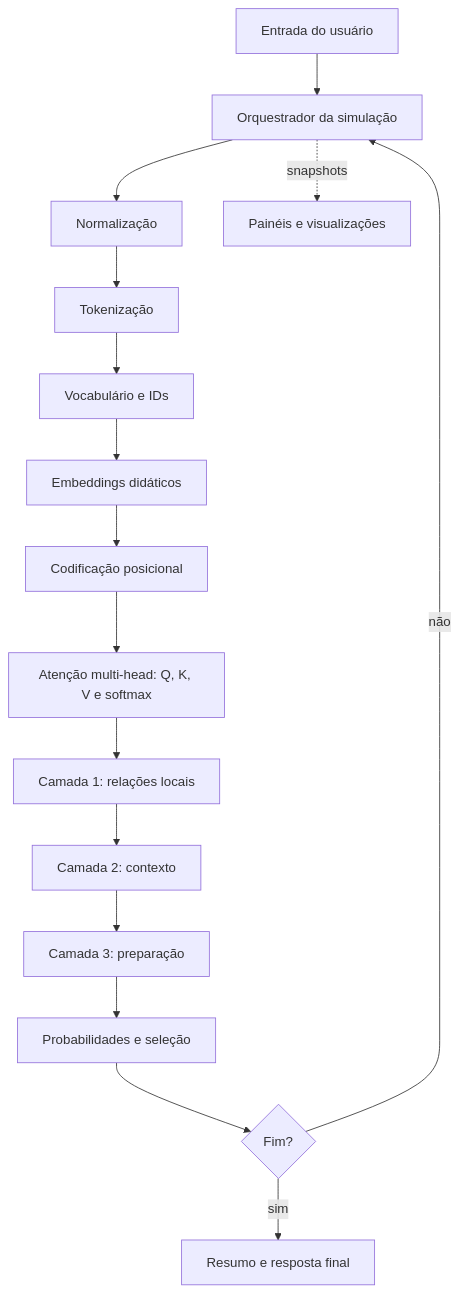
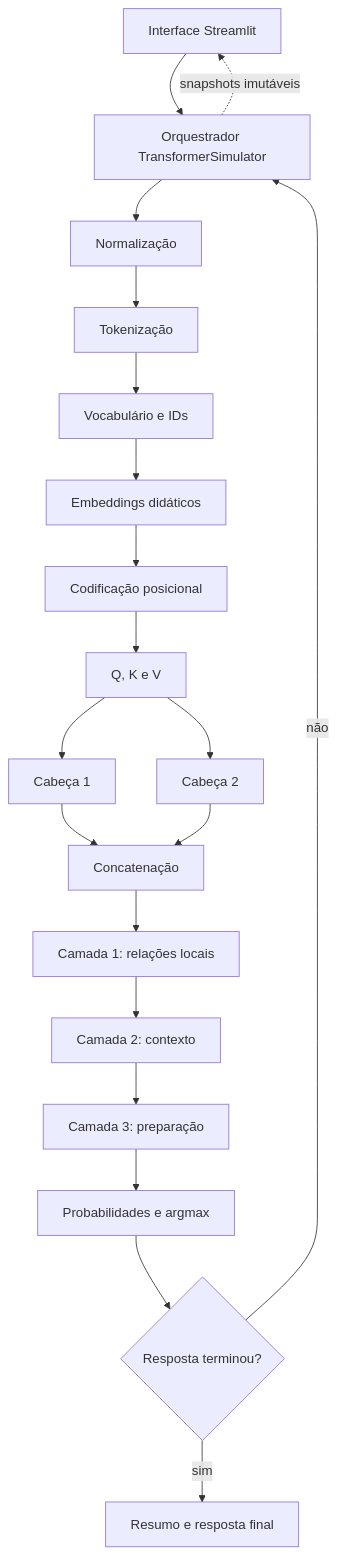
Before and after one commit to PedroPignata/Compiladores: the diagram in transformer-simulator/docs/arquitetura.md, drawn with Mermaid. The commit also changed other lines of this file and 70 other files, not shown here.

````diff
--- a/transformer-simulator/docs/arquitetura.md
+++ b/transformer-simulator/docs/arquitetura.md
@@ -9,18 +12,22 @@
 ```mermaid
 flowchart TD
-    UI[Entrada do usuário] --> ORQ[Orquestrador da simulação]
-    ORQ --> N[Normalização]
+    UI[Interface Streamlit] --> O[Orquestrador TransformerSimulator]
+    O --> N[Normalização]
     N --> T[Tokenização]
-    T --> V[Vocabulário e IDs]
-    V --> E[Embeddings didáticos]
+    T --> I[Vocabulário e IDs]
+    I --> E[Embeddings didáticos]
     E --> P[Codificação posicional]
-    P --> A[Atenção multi-head: Q, K, V e softmax]
-    A --> L1[Camada 1: relações locais]
+    P --> Q[Q, K e V]
+    Q --> H1[Cabeça 1]
+    Q --> H2[Cabeça 2]
+    H1 --> C[Concatenação]
+    H2 --> C
+    C --> L1[Camada 1: relações locais]
     L1 --> L2[Camada 2: contexto]
     L2 --> L3[Camada 3: preparação]
-    L3 --> G[Probabilidades e seleção]
-    G --> C{Fim?}
-    C -- não --> ORQ
-    C -- sim --> R[Resumo e resposta final]
-    ORQ -. snapshots .-> VIS[Painéis e visualizações]
+    L3 --> G[Probabilidades e argmax]
+    G --> F{Resposta terminou?}
+    F -- não --> O
+    F -- sim --> R[Resumo e resposta final]
+    O -. snapshots imutáveis .-> UI
 ```
````
